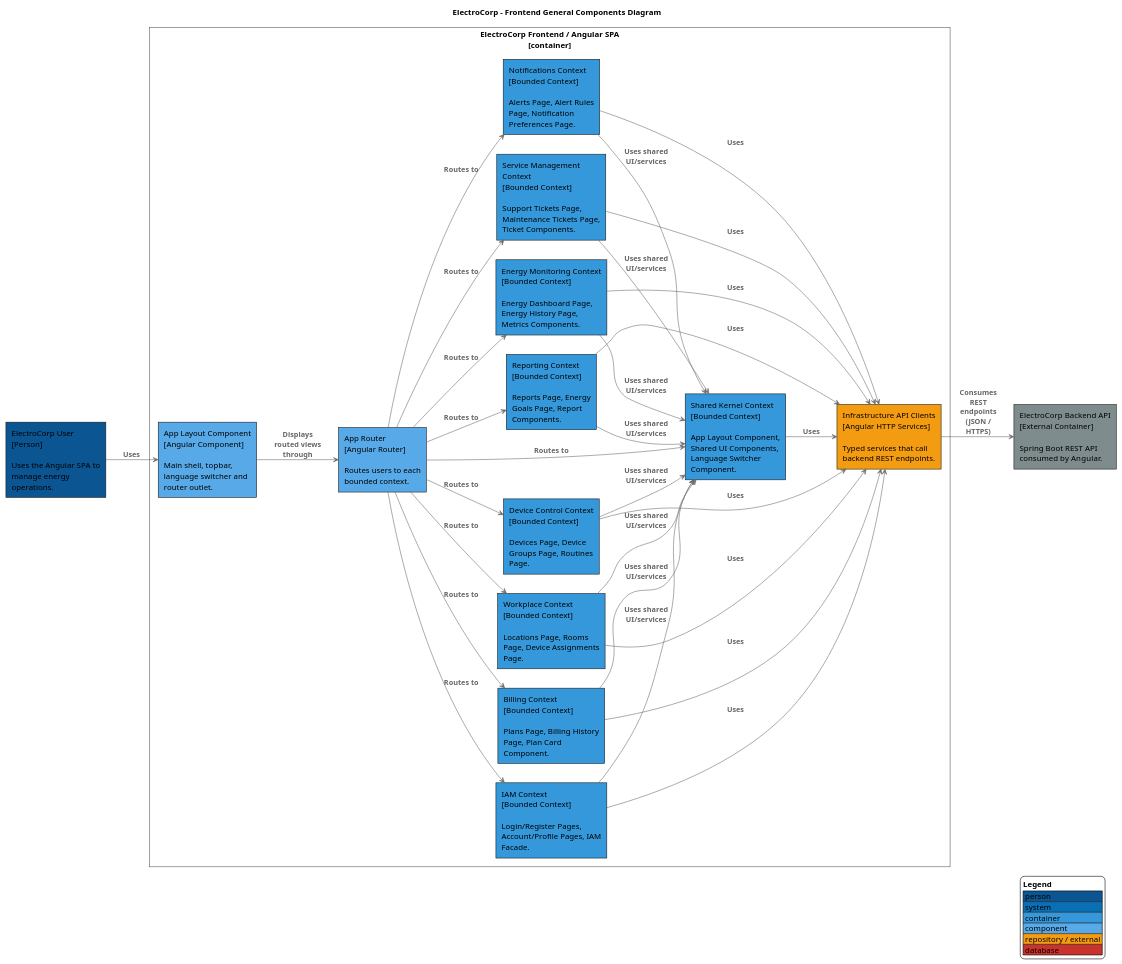
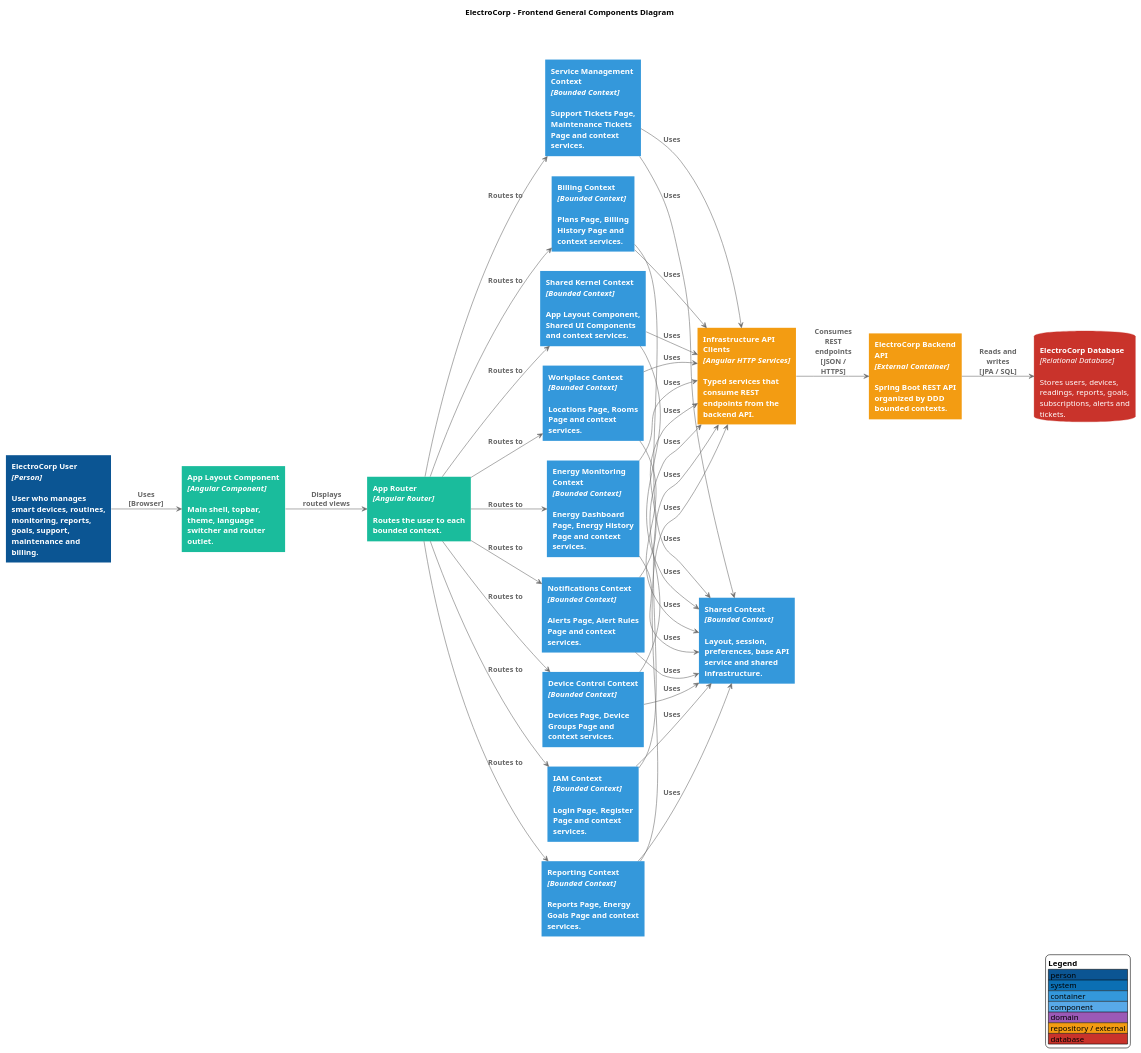
The diagram in docs/diagrams/components/frontend/frontend-general-components.puml (upc-pre-202610-1asi0729-11896-ecorp/electrocorp-report), drawn with PlantUML before and after one commit. The commit also changed 22 other files, not shown here.

Commit message:
style(docs): redesign c4 diagrams with visual ui layout

```diff
--- a/docs/diagrams/components/frontend/frontend-general-components.puml
+++ b/docs/diagrams/components/frontend/frontend-general-components.puml
@@ -1,79 +1,85 @@
 @startuml
 skinparam backgroundColor #FFFFFF
 skinparam shadowing false
 skinparam defaultFontName Arial
-skinparam wrapWidth 180
+skinparam wrapWidth 170
 skinparam maxMessageSize 90
 skinparam ArrowColor #6B6B6B
 skinparam ArrowFontColor #666666
 skinparam ArrowFontStyle bold
 skinparam rectangleRoundCorner 0
-skinparam rectangleBorderThickness 1
+skinparam rectangleBorderThickness 0
+skinparam rectangleFontColor #FFFFFF
+skinparam rectangleFontStyle bold
 skinparam packageStyle rectangle
 skinparam packageBorderColor #555555
 skinparam packageBackgroundColor transparent
 skinparam packageFontColor #444444
 skinparam packageFontStyle bold
 skinparam databaseBackgroundColor #C9332B
 skinparam databaseBorderColor #C9332B
 skinparam databaseFontColor #FFFFFF
 hide stereotype
 title ElectroCorp - Frontend General Components Diagram
 left to right direction
 
-
-rectangle "ElectroCorp User\n[Person]\n\nUses the Angular SPA to manage energy operations." as User #0B5593
+rectangle "<b>ElectroCorp User</b>\n<i>[Person]</i>\n\nUser who manages smart devices, routines, monitoring, reports, goals, support, maintenance and billing." as User #0B5593
 package "ElectroCorp Frontend / Angular SPA\n[container]" {
-  rectangle "App Layout Component\n[Angular Component]\n\nMain shell, topbar, language switcher and router outlet." as Layout #58A9E8
-  rectangle "App Router\n[Angular Router]\n\nRoutes users to each bounded context." as Router #58A9E8
-  rectangle "Shared Kernel Context\n[Bounded Context]\n\nApp Layout Component, Shared UI Components, Language Switcher Component." as C0 #3498DB
-  rectangle "IAM Context\n[Bounded Context]\n\nLogin/Register Pages, Account/Profile Pages, IAM Facade." as C1 #3498DB
-  rectangle "Billing Context\n[Bounded Context]\n\nPlans Page, Billing History Page, Plan Card Component." as C2 #3498DB
-  rectangle "Workplace Context\n[Bounded Context]\n\nLocations Page, Rooms Page, Device Assignments Page." as C3 #3498DB
-  rectangle "Device Control Context\n[Bounded Context]\n\nDevices Page, Device Groups Page, Routines Page." as C4 #3498DB
-  rectangle "Energy Monitoring Context\n[Bounded Context]\n\nEnergy Dashboard Page, Energy History Page, Metrics Components." as C5 #3498DB
-  rectangle "Notifications Context\n[Bounded Context]\n\nAlerts Page, Alert Rules Page, Notification Preferences Page." as C6 #3498DB
-  rectangle "Reporting Context\n[Bounded Context]\n\nReports Page, Energy Goals Page, Report Components." as C7 #3498DB
-  rectangle "Service Management Context\n[Bounded Context]\n\nSupport Tickets Page, Maintenance Tickets Page, Ticket Components." as C8 #3498DB
-  rectangle "Infrastructure API Clients\n[Angular HTTP Services]\n\nTyped services that call backend REST endpoints." as Clients #F39C12
+  rectangle "<b>App Layout Component</b>\n<i>[Angular Component]</i>\n\nMain shell, topbar, theme, language switcher and router outlet." as Layout #1ABC9C
+  rectangle "<b>App Router</b>\n<i>[Angular Router]</i>\n\nRoutes the user to each bounded context." as Router #1ABC9C
+  rectangle "<b>Shared Kernel Context</b>\n<i>[Bounded Context]</i>\n\nApp Layout Component, Shared UI Components and context services." as F0 #3498DB
+  rectangle "<b>IAM Context</b>\n<i>[Bounded Context]</i>\n\nLogin Page, Register Page and context services." as F1 #3498DB
+  rectangle "<b>Billing Context</b>\n<i>[Bounded Context]</i>\n\nPlans Page, Billing History Page and context services." as F2 #3498DB
+  rectangle "<b>Workplace Context</b>\n<i>[Bounded Context]</i>\n\nLocations Page, Rooms Page and context services." as F3 #3498DB
+  rectangle "<b>Device Control Context</b>\n<i>[Bounded Context]</i>\n\nDevices Page, Device Groups Page and context services." as F4 #3498DB
+  rectangle "<b>Energy Monitoring Context</b>\n<i>[Bounded Context]</i>\n\nEnergy Dashboard Page, Energy History Page and context services." as F5 #3498DB
+  rectangle "<b>Notifications Context</b>\n<i>[Bounded Context]</i>\n\nAlerts Page, Alert Rules Page and context services." as F6 #3498DB
+  rectangle "<b>Reporting Context</b>\n<i>[Bounded Context]</i>\n\nReports Page, Energy Goals Page and context services." as F7 #3498DB
+  rectangle "<b>Service Management Context</b>\n<i>[Bounded Context]</i>\n\nSupport Tickets Page, Maintenance Tickets Page and context services." as F8 #3498DB
+  rectangle "<b>Infrastructure API Clients</b>\n<i>[Angular HTTP Services]</i>\n\nTyped services that consume REST endpoints from the backend API." as Clients #F39C12
+  rectangle "<b>Shared Context</b>\n<i>[Bounded Context]</i>\n\nLayout, session, preferences, base API service and shared infrastructure." as Shared #3498DB
 }
-rectangle "ElectroCorp Backend API\n[External Container]\n\nSpring Boot REST API consumed by Angular." as Backend #7F8C8D
-User --> Layout : Uses
-Layout --> Router : Displays routed views through
-Router --> C0 : Routes to
-Router --> C1 : Routes to
-Router --> C2 : Routes to
-Router --> C3 : Routes to
-Router --> C4 : Routes to
-Router --> C5 : Routes to
-Router --> C6 : Routes to
-Router --> C7 : Routes to
-Router --> C8 : Routes to
-C0 --> Clients : Uses
-C1 --> Clients : Uses
-C2 --> Clients : Uses
-C3 --> Clients : Uses
-C4 --> Clients : Uses
-C5 --> Clients : Uses
-C6 --> Clients : Uses
-C7 --> Clients : Uses
-C8 --> Clients : Uses
-C1 --> C0 : Uses shared UI/services
-C2 --> C0 : Uses shared UI/services
-C3 --> C0 : Uses shared UI/services
-C4 --> C0 : Uses shared UI/services
-C5 --> C0 : Uses shared UI/services
-C6 --> C0 : Uses shared UI/services
-C7 --> C0 : Uses shared UI/services
-C8 --> C0 : Uses shared UI/services
-Clients --> Backend : Consumes REST endpoints (JSON / HTTPS)
+rectangle "<b>ElectroCorp Backend API</b>\n<i>[External Container]</i>\n\nSpring Boot REST API organized by DDD bounded contexts." as Backend #F39C12
+database "<b>ElectroCorp Database</b>\n<i>[Relational Database]</i>\n\nStores users, devices, readings, reports, goals, subscriptions, alerts and tickets." as Database
+User --> Layout : Uses\n[Browser]
+Layout --> Router : Displays routed views
+Router --> F0 : Routes to
+Router --> F1 : Routes to
+Router --> F2 : Routes to
+Router --> F3 : Routes to
+Router --> F4 : Routes to
+Router --> F5 : Routes to
+Router --> F6 : Routes to
+Router --> F7 : Routes to
+Router --> F8 : Routes to
+F0 --> Clients : Uses
+F1 --> Clients : Uses
+F2 --> Clients : Uses
+F3 --> Clients : Uses
+F4 --> Clients : Uses
+F5 --> Clients : Uses
+F6 --> Clients : Uses
+F7 --> Clients : Uses
+F8 --> Clients : Uses
+F0 --> Shared : Uses
+F1 --> Shared : Uses
+F2 --> Shared : Uses
+F3 --> Shared : Uses
+F4 --> Shared : Uses
+F5 --> Shared : Uses
+F6 --> Shared : Uses
+F7 --> Shared : Uses
+F8 --> Shared : Uses
+Clients --> Backend : Consumes REST endpoints\n[JSON / HTTPS]
+Backend --> Database : Reads and writes\n[JPA / SQL]
 legend right
   <b>Legend</b>
   |<#0B5593> person |
   |<#0B6FB3> system |
   |<#3498DB> container |
   |<#58A9E8> component |
+  |<#9B59B6> domain |
   |<#F39C12> repository / external |
   |<#C9332B> database |
 endlegend
 @enduml
```
